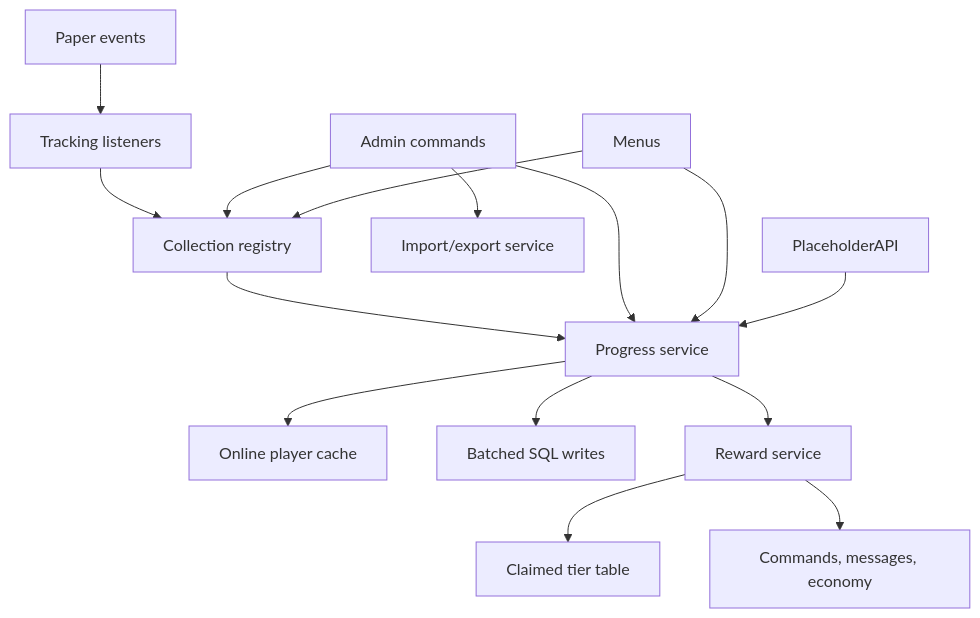
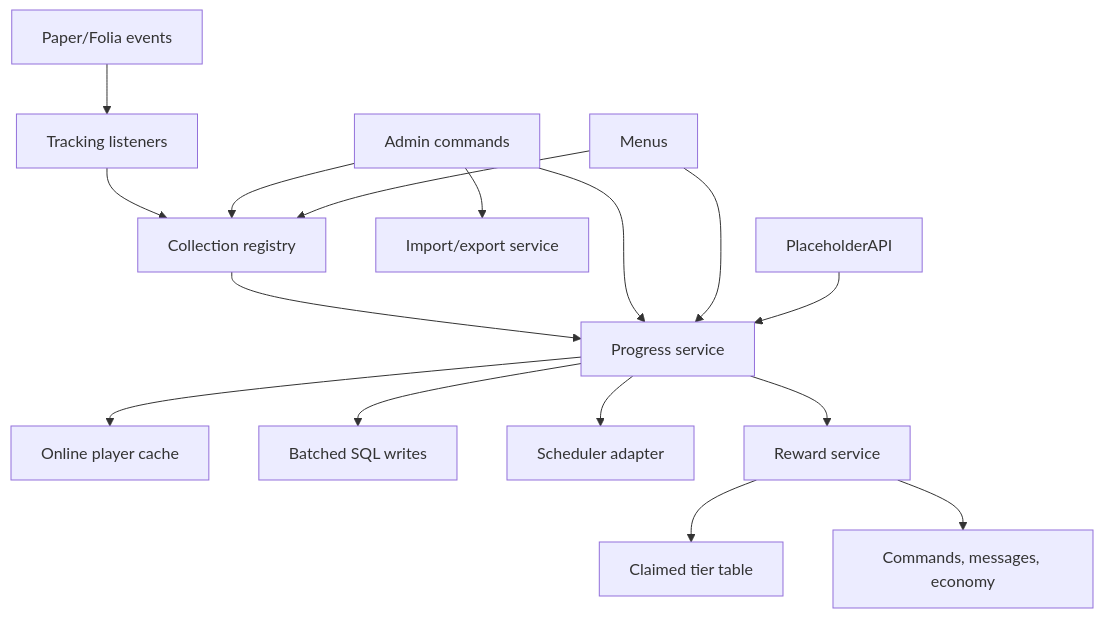
The diagram in docs/ARCHITECTURE.md (Riqqqque/RuinedCollections), drawn with Mermaid before and after one commit. The commit also changed other lines of this file and 17 other files, not shown here.

Commit message:
Add Folia scheduler support

````diff
--- a/docs/ARCHITECTURE.md
+++ b/docs/ARCHITECTURE.md
@@ -5,17 +5,18 @@
 ```mermaid
 flowchart TD
-    A["Paper events"] --> B["Tracking listeners"]
+    A["Paper/Folia events"] --> B["Tracking listeners"]
     B --> C["Collection registry"]
     C --> D["Progress service"]
     D --> E["Online player cache"]
     D --> F["Batched SQL writes"]
+    D --> N["Scheduler adapter"]
     D --> G["Reward service"]
     G --> H["Claimed tier table"]
     G --> I["Commands, messages, economy"]
     J["Admin commands"] --> C
     J --> D
     J --> K["Import/export service"]
     L["Menus"] --> C
     L --> D
     M["PlaceholderAPI"] --> D
 ```
````
